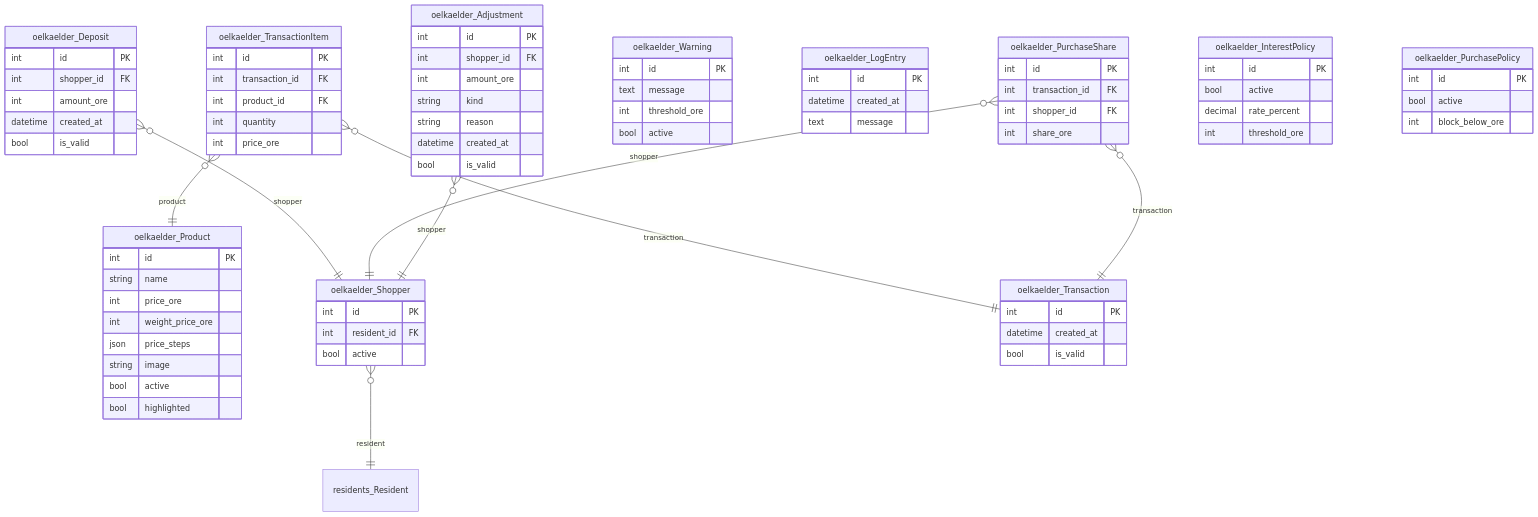
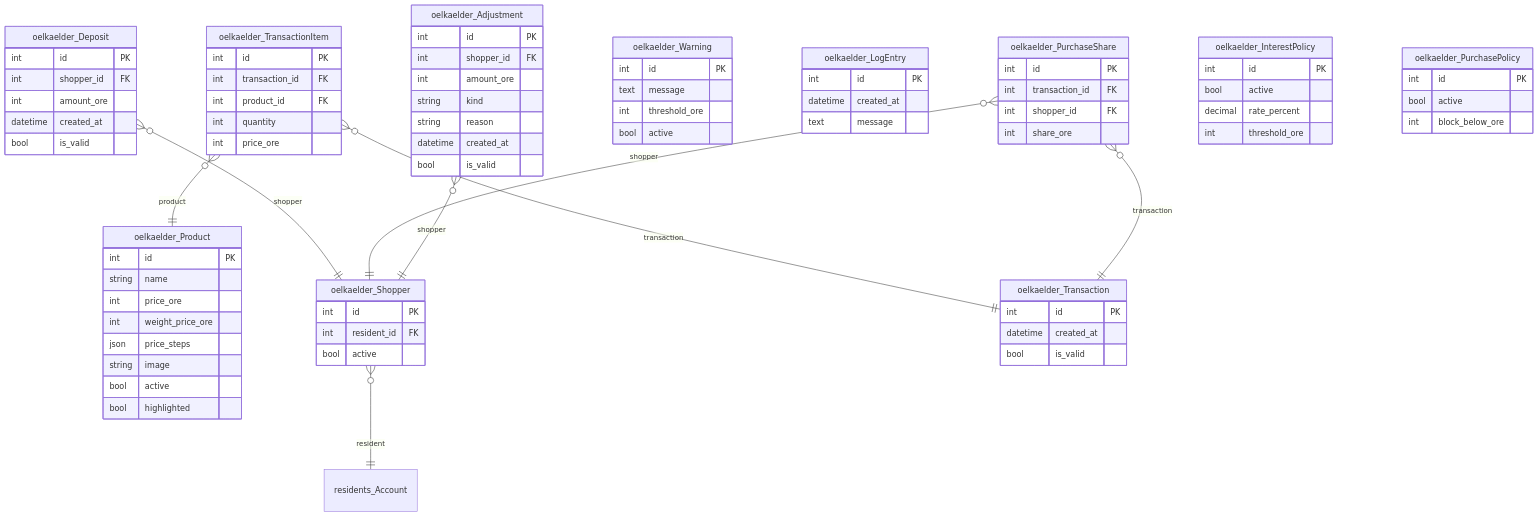
Before and after one commit to GAHK-org/gahk_intern: diagram 11 of 18 in docs/erd.md, drawn with Mermaid. The commit also changed other lines of this file and 148 other files, not shown here.

```diff
--- a/docs/erd.md
+++ b/docs/erd.md
@@ -1923,9 +1937,9 @@
         int block_below_ore
     }
 
-    residents_Resident { }
+    residents_Account { }
 
-    oelkaelder_Shopper }o--|| residents_Resident : "resident"
+    oelkaelder_Shopper }o--|| residents_Account : "resident"
     oelkaelder_Deposit }o--|| oelkaelder_Shopper : "shopper"
     oelkaelder_TransactionItem }o--|| oelkaelder_Transaction : "transaction"
     oelkaelder_TransactionItem }o--|| oelkaelder_Product : "product"
```
